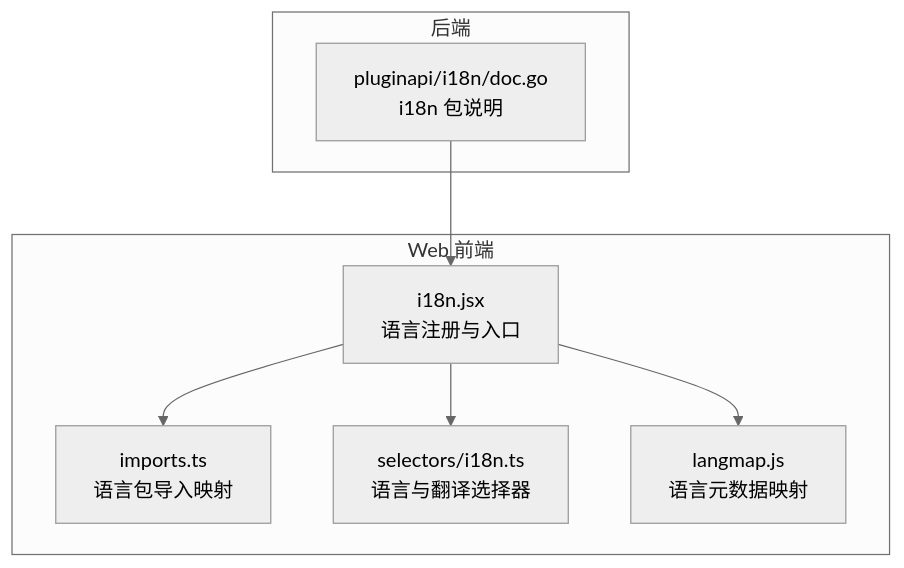
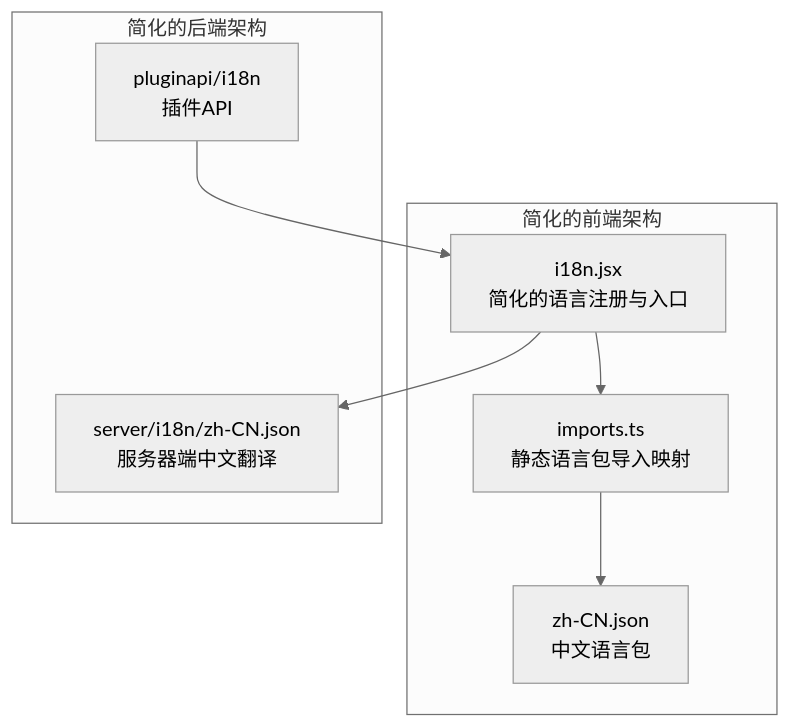
Before and after one commit to frankMa-1993/mattermost: the first of 5 diagrams in .qoder/repowiki/zh/content/前端开发/国际化支持.md, drawn with Mermaid (neutral theme). The commit also changed other lines of this file and 24 other files, not shown here.

````diff
--- a/.qoder/repowiki/zh/content/前端开发/国际化支持.md
+++ b/.qoder/repowiki/zh/content/前端开发/国际化支持.md
@@ -31,16 +42,16 @@
 ```mermaid
 graph TB
-subgraph "Web 前端"
-I18N["i18n.jsx<br/>语言注册与入口"]
-IMP["imports.ts<br/>语言包导入映射"]
-SEL["selectors/i18n.ts<br/>语言与翻译选择器"]
-LMAP["langmap.js<br/>语言元数据映射"]
+subgraph "简化的前端架构"
+I18N["i18n.jsx<br/>简化的语言注册与入口"]
+IMP["imports.ts<br/>静态语言包导入映射"]
+ZHJSON["zh-CN.json<br/>中文语言包"]
 end
-subgraph "后端"
-DOC["pluginapi/i18n/doc.go<br/>i18n 包说明"]
+subgraph "简化的后端架构"
+SERVERZH["server/i18n/zh-CN.json<br/>服务器端中文翻译"]
+PLUGINAPI["pluginapi/i18n<br/>插件API"]
 end
 I18N --> IMP
-I18N --> SEL
-I18N --> LMAP
-DOC --> I18N
+IMP --> ZHJSON
+I18N --> SERVERZH
+PLUGINAPI --> I18N
 ```
````
